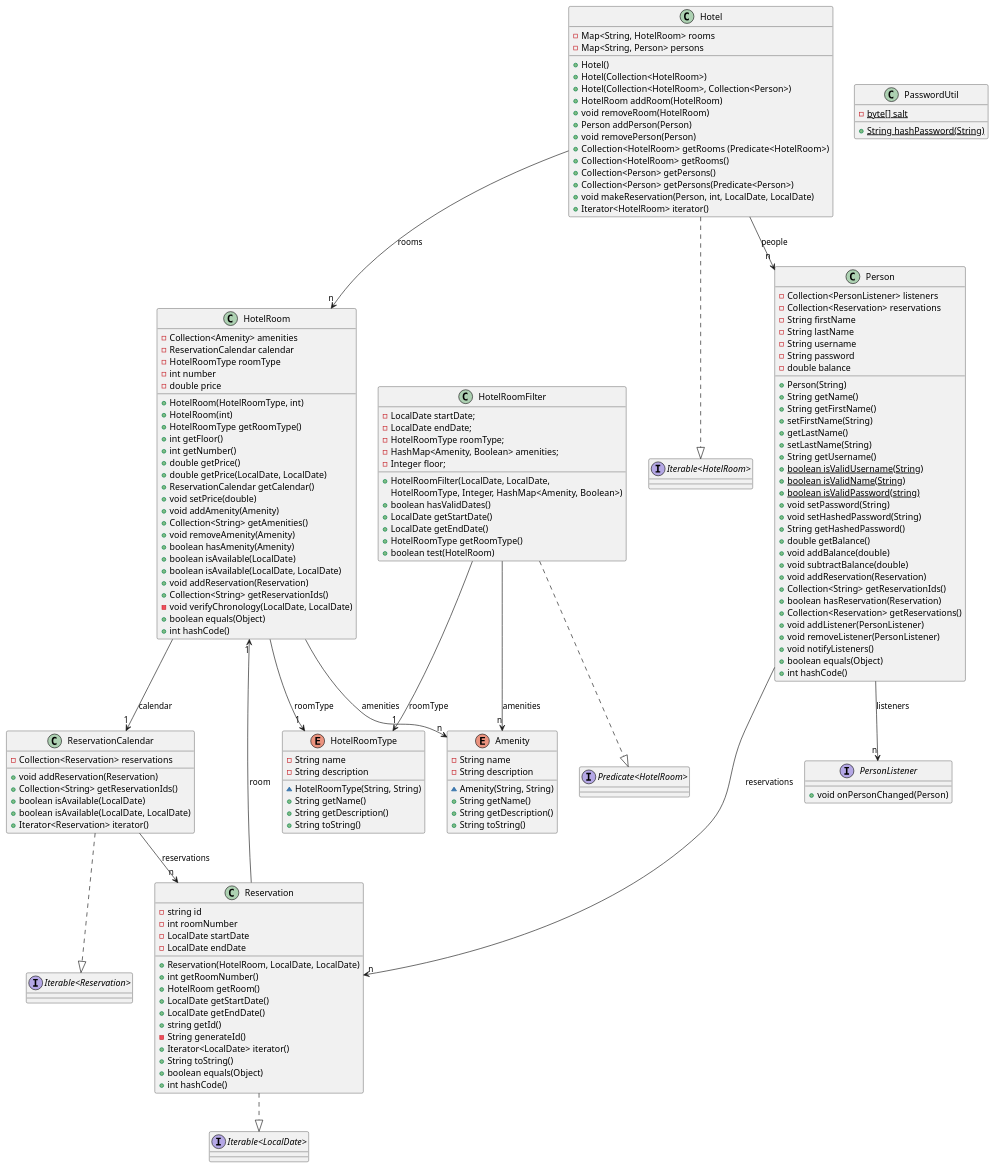
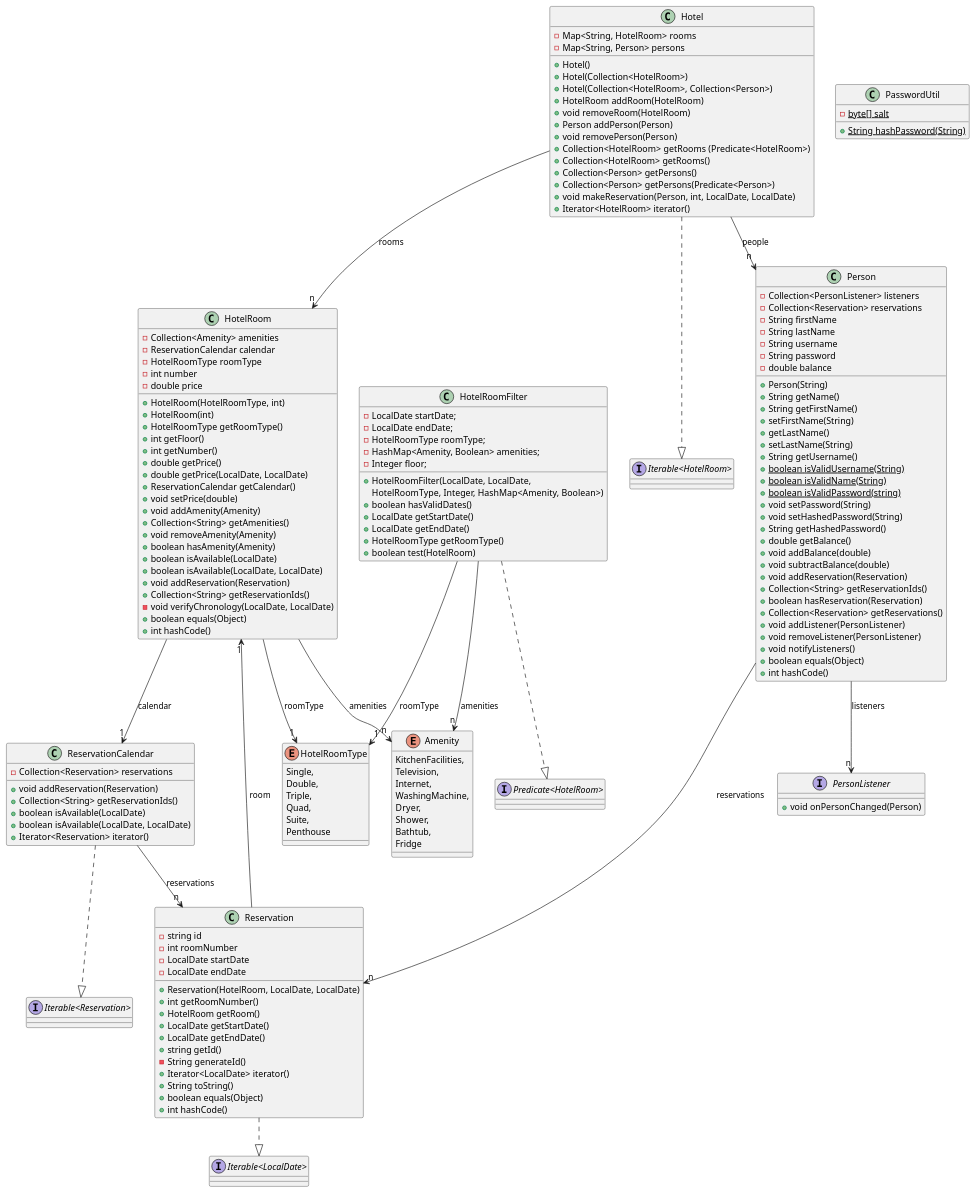
One commit to erlendps/IT1901---HotelSys changed the diagram in docs/modules/core.md. Above: the diagram before and after it, drawn with PlantUML.

Commit message:
#143 fix enum in core class diagram

```diff
--- a/docs/modules/core.md
+++ b/docs/modules/core.md
@@ -153,23 +153,23 @@
 }
 
 enum HotelRoomType {
-    - String name
-    - String description
-
-    ~ HotelRoomType(String, String)
-    + String getName()
-    + String getDescription()
-    + String toString() 
+    Single,
+    Double,
+    Triple,
+    Quad,
+    Suite,
+    Penthouse
 }
 
 enum Amenity {
-    - String name
-    - String description
-
-    ~ Amenity(String, String)
-    + String getName()
-    + String getDescription()
-    + String toString()
+    KitchenFacilities,
+    Television,
+    Internet,
+    WashingMachine,
+    Dryer,
+    Shower,
+    Bathtub,
+    Fridge
 }
 ' defining the relations
 Hotel --> "n" HotelRoom : rooms
```
